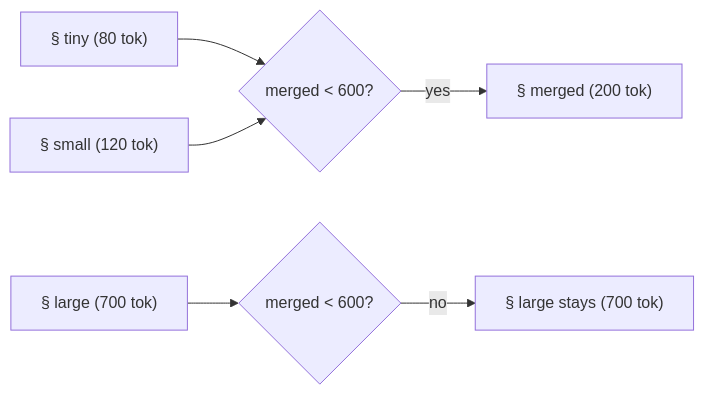
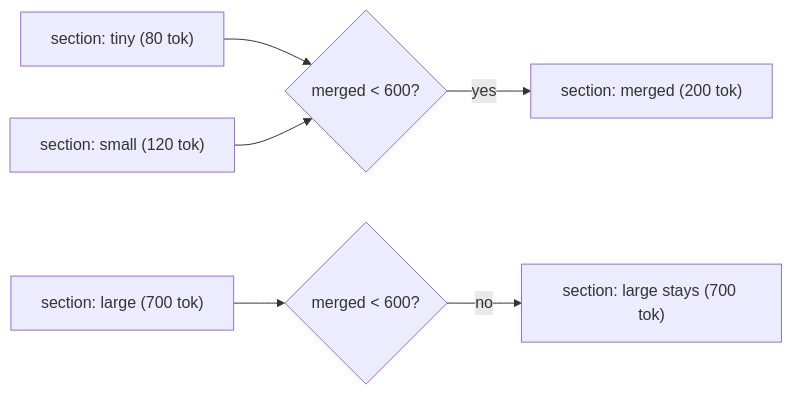
Before and after one commit to RohanImmanuel/wdio-supporteval-copilot: the second of 3 diagrams in ingestion/README.md, drawn with Mermaid.

Commit message:
docs(ingestion): replace section sign with plain label in merge diagram

````diff
--- a/ingestion/README.md
+++ b/ingestion/README.md
@@ -66,8 +66,8 @@
 ```mermaid
 flowchart LR
-    S1["§ tiny (80 tok)"] --> M{merged < 600?}
-    S2["§ small (120 tok)"] --> M
-    M -- yes --> R["§ merged (200 tok)"]
-    S3["§ large (700 tok)"] --> M2{merged < 600?}
-    M2 -- no --> R2["§ large stays (700 tok)"]
+    S1["section: tiny (80 tok)"] --> M{merged < 600?}
+    S2["section: small (120 tok)"] --> M
+    M -- yes --> R["section: merged (200 tok)"]
+    S3["section: large (700 tok)"] --> M2{merged < 600?}
+    M2 -- no --> R2["section: large stays (700 tok)"]
 ```
````
